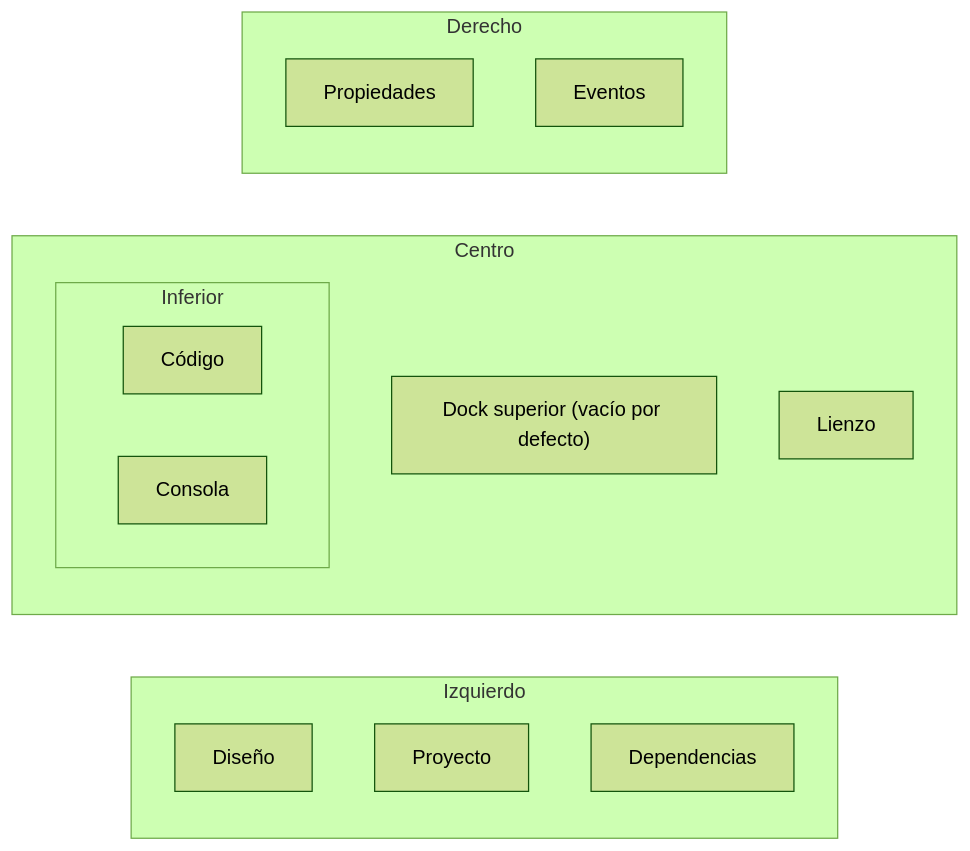
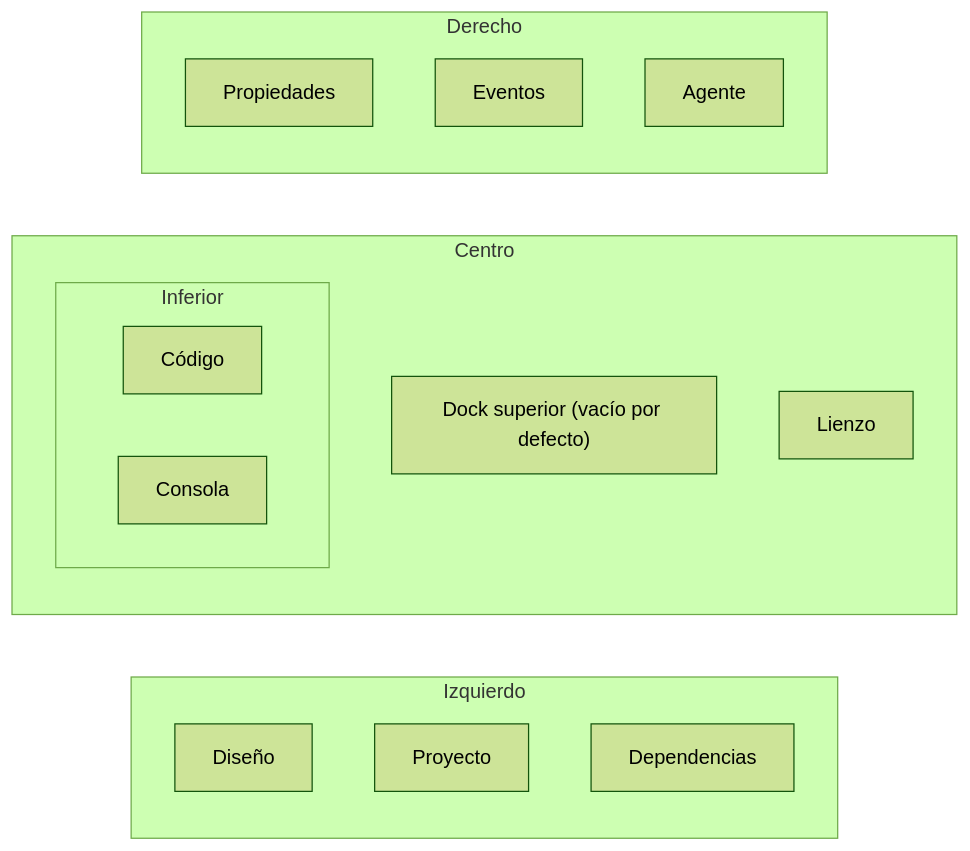
Before and after one commit to albakore/pyzed: the diagram in docs/src/content/docs/es/editor/menus-and-commands.md, drawn with Mermaid (forest theme). The commit also changed other lines of this file and 17 other files, not shown here.

````diff
--- a/docs/src/content/docs/es/editor/menus-and-commands.md
+++ b/docs/src/content/docs/es/editor/menus-and-commands.md
@@ -150,20 +155,21 @@
 ```mermaid
 flowchart LR
     subgraph Izquierdo
         Diseño
         Proyecto
         Dependencias
     end
     subgraph Centro
         Superior["Dock superior (vacío por defecto)"]
         Lienzo
         subgraph Inferior
             Código
             Consola
         end
     end
     subgraph Derecho
         Propiedades
         Eventos
+        Agente
     end
 ```
````
